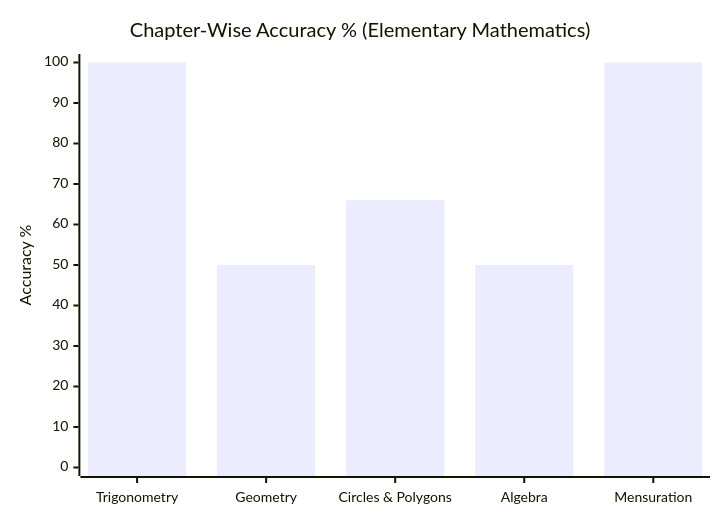
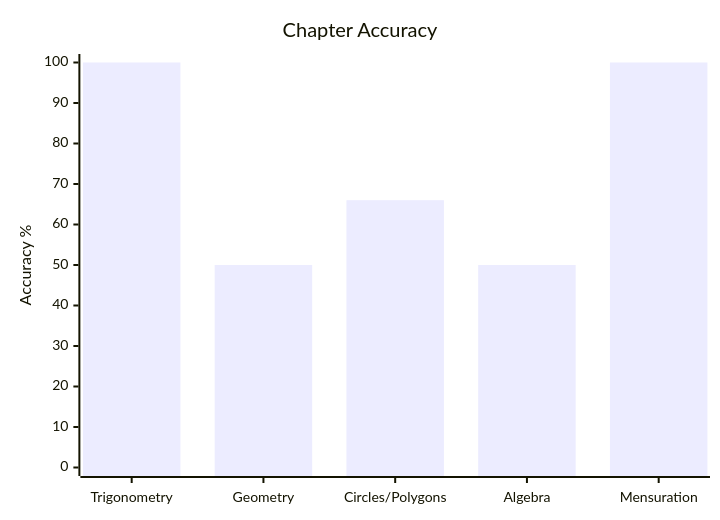
One commit to skc-coder/SAGE changed the first of 5 diagrams in content/cds/elementary-mathematics/elementary_mathematics_overview.md. Above: the diagram before and after it, drawn with Mermaid. The commit also changed other lines of this file and 3 other files, not shown here.

First line of the commit message:
fix(skill): relocate Chapter/Topic accuracy charts to Overview pages and enforce concise Mermaid graph titles

````diff
--- a/content/cds/elementary-mathematics/elementary_mathematics_overview.md
+++ b/content/cds/elementary-mathematics/elementary_mathematics_overview.md
@@ -13,7 +14,7 @@
 ```mermaid
 xychart-beta
-    title "Chapter-Wise Accuracy % (Elementary Mathematics)"
-    x-axis ["Trigonometry", "Geometry", "Circles & Polygons", "Algebra", "Mensuration"]
+    title "Chapter Accuracy"
+    x-axis ["Trigonometry", "Geometry", "Circles/Polygons", "Algebra", "Mensuration"]
     y-axis "Accuracy %" 0 --> 100
     bar [100, 50, 66, 50, 100]
 ```
````
